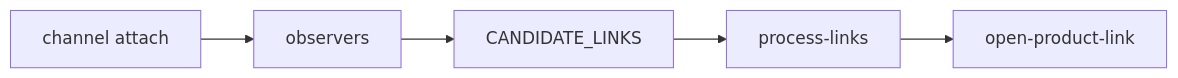
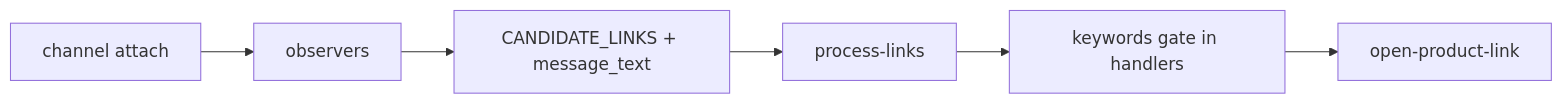
Before and after one commit to Quarks-1/CookieScripts: the diagram in extension/domains/discord/AGENTS.md, drawn with Mermaid. The commit also changed other lines of this file and 26 other files, not shown here.

First line of the commit message:
Add per-channel Discord keyword filters for auto-open gating.

````diff
--- a/extension/domains/discord/AGENTS.md
+++ b/extension/domains/discord/AGENTS.md
@@ -18,7 +18,8 @@
 ```mermaid
 flowchart LR
   attach[channel attach] --> observer[observers]
-  observer --> candidates[CANDIDATE_LINKS]
+  observer --> candidates[CANDIDATE_LINKS + message_text]
   candidates --> processLinks[process-links]
-  processLinks --> openTab[open-product-link]
+  processLinks --> keywordGate[keywords gate in handlers]
+  keywordGate --> openTab[open-product-link]
 ```
````
